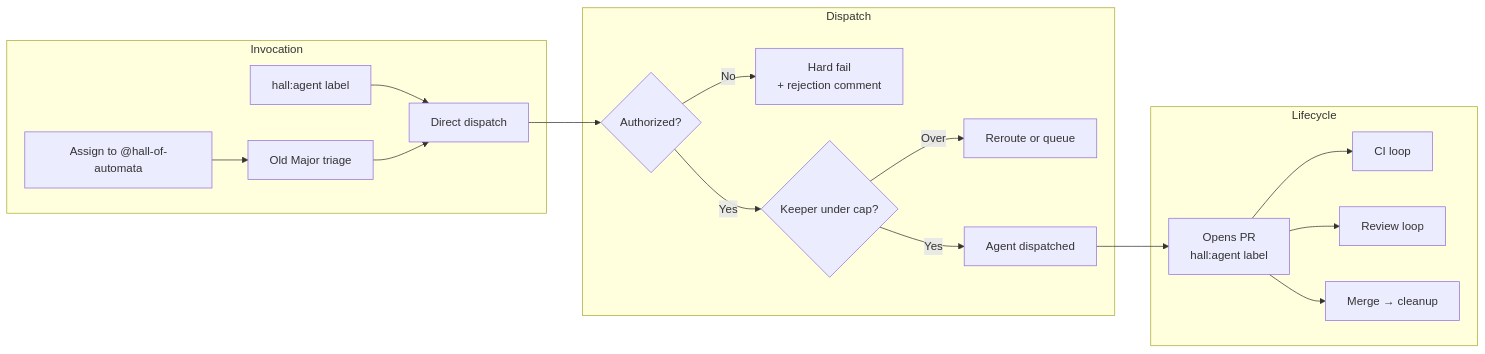
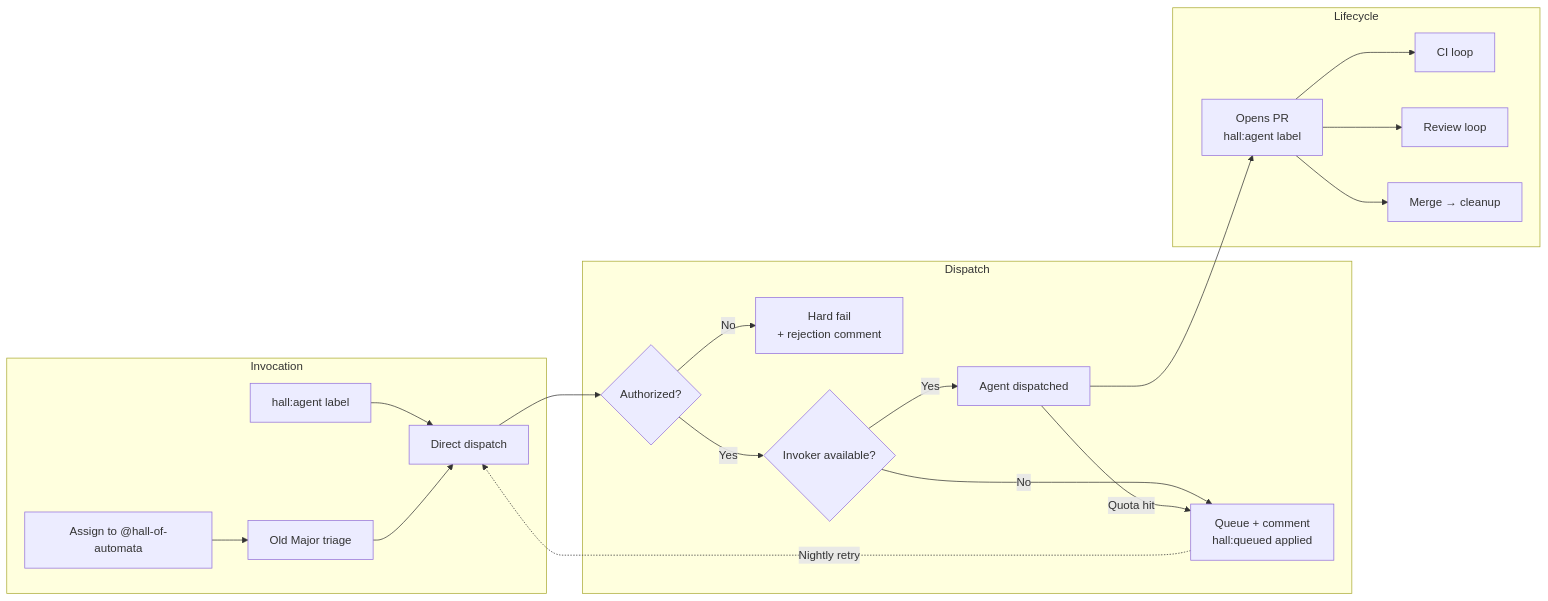
The diagram in README.md (MockaSort-Studio/hall-of-automata), drawn with Mermaid before and after one commit. The commit also changed 10 other files, not shown here.

First line of the commit message:
feat(quota): queue on quota hit + nightly retry

````diff
--- a/README.md
+++ b/README.md
@@ -17,21 +17,23 @@
 ```mermaid
 flowchart LR
     subgraph INVOKE["Invocation"]
         LB["hall:agent label"] --> DIRECT["Direct dispatch"]
         AS["Assign to @hall-of-automata"] --> OM["Old Major triage"]
         OM --> DIRECT
     end
     subgraph DISPATCH["Dispatch"]
         DIRECT --> AUTH{"Authorized?"}
         AUTH -->|No| FAIL["Hard fail\n+ rejection comment"]
-        AUTH -->|Yes| CAP{"Keeper under cap?"}
-        CAP -->|Over| ROUTE["Reroute or queue"]
+        AUTH -->|Yes| CAP{"Invoker available?"}
+        CAP -->|No| QUEUE["Queue + comment\nhall:queued applied"]
+        QUEUE -.->|"Nightly retry"| DIRECT
         CAP -->|Yes| AGENT["Agent dispatched"]
+        AGENT -->|"Quota hit"| QUEUE
     end
     subgraph LIFECYCLE["Lifecycle"]
         AGENT --> PR["Opens PR\nhall:agent label"]
         PR --> CI["CI loop"]
         PR --> RV["Review loop"]
         PR --> MERGE["Merge → cleanup"]
     end
 ```
````
